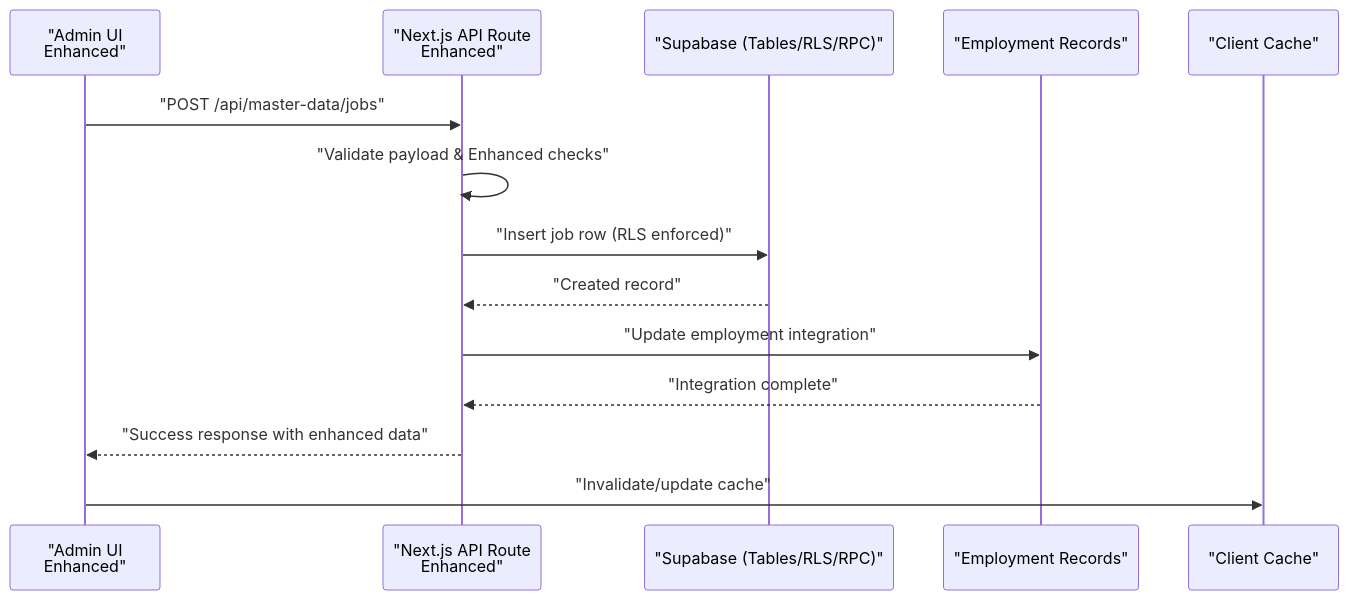
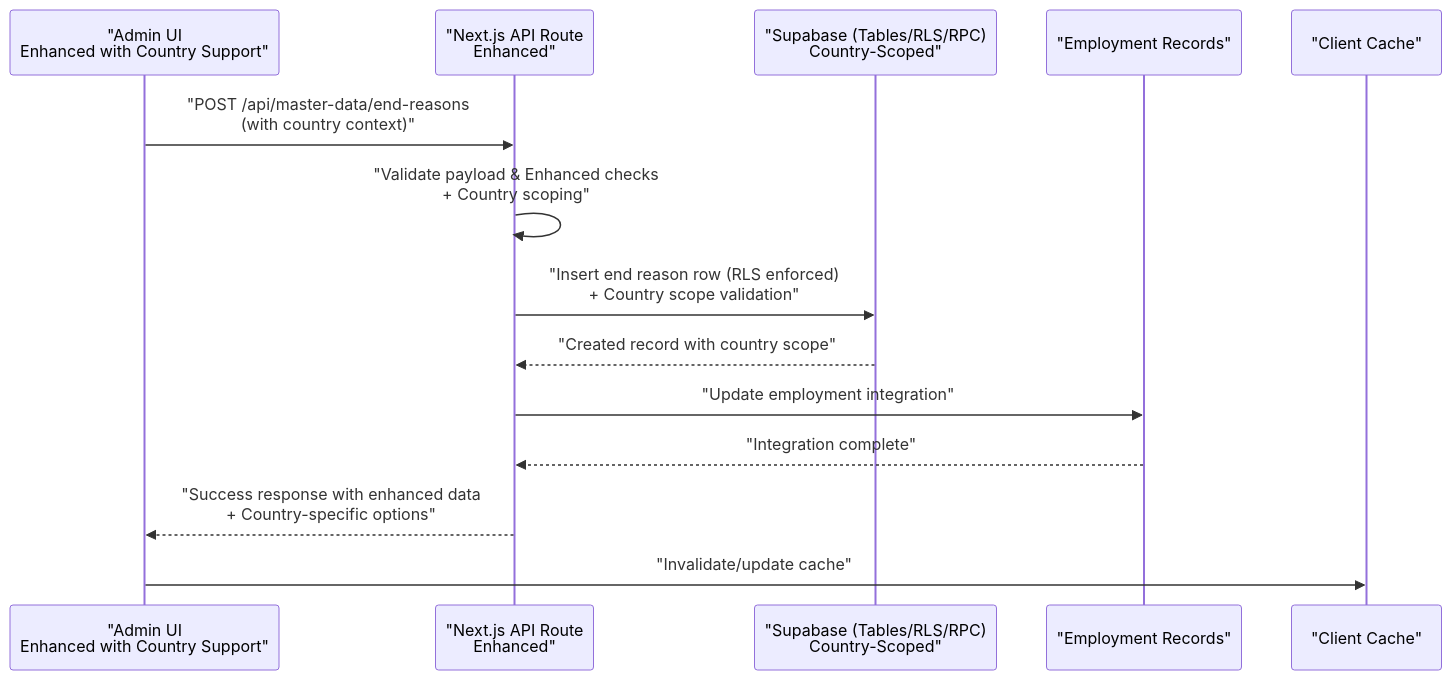
Before and after one commit to EdwinCycling/LiquidHR: the second of 8 diagrams in .qoder/repowiki/en/content/Administration/Master Data Management.md, drawn with Mermaid. The commit also changed other lines of this file and 73 other files, not shown here.

````diff
--- a/.qoder/repowiki/en/content/Administration/Master Data Management.md
+++ b/.qoder/repowiki/en/content/Administration/Master Data Management.md
@@ -165,16 +173,16 @@
 ```mermaid
 sequenceDiagram
-participant Admin as "Admin UI<br/>Enhanced"
+participant Admin as "Admin UI<br/>Enhanced with Country Support"
 participant Route as "Next.js API Route<br/>Enhanced"
-participant DB as "Supabase (Tables/RLS/RPC)"
+participant DB as "Supabase (Tables/RLS/RPC)<br/>Country-Scoped"
 participant Employment as "Employment Records"
 participant Cache as "Client Cache"
-Admin->>Route : "POST /api/master-data/jobs"
-Route->>Route : "Validate payload & Enhanced checks"
-Route->>DB : "Insert job row (RLS enforced)"
-DB-->>Route : "Created record"
+Admin->>Route : "POST /api/master-data/end-reasons<br/>(with country context)"
+Route->>Route : "Validate payload & Enhanced checks<br/>+ Country scoping"
+Route->>DB : "Insert end reason row (RLS enforced)<br/>+ Country scope validation"
+DB-->>Route : "Created record with country scope"
 Route->>Employment : "Update employment integration"
 Employment-->>Route : "Integration complete"
-Route-->>Admin : "Success response with enhanced data"
+Route-->>Admin : "Success response with enhanced data<br/>+ Country-specific options"
 Admin->>Cache : "Invalidate/update cache"
 ```
````
